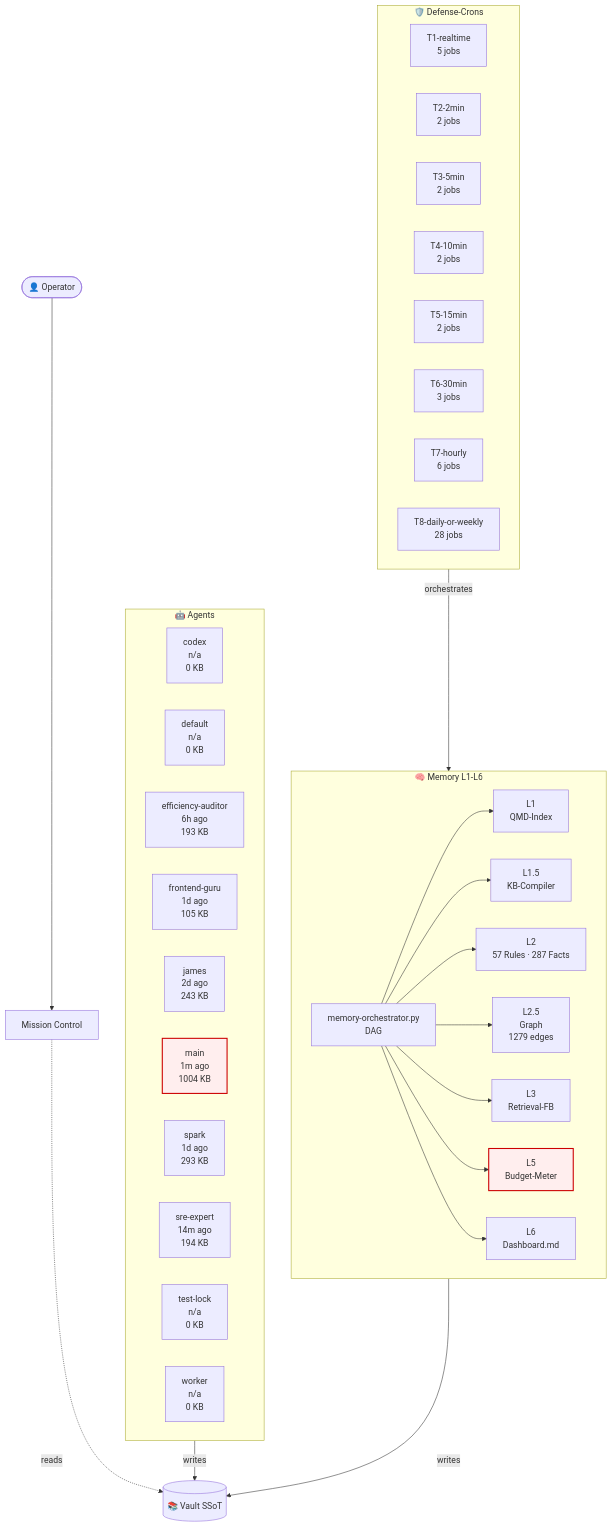
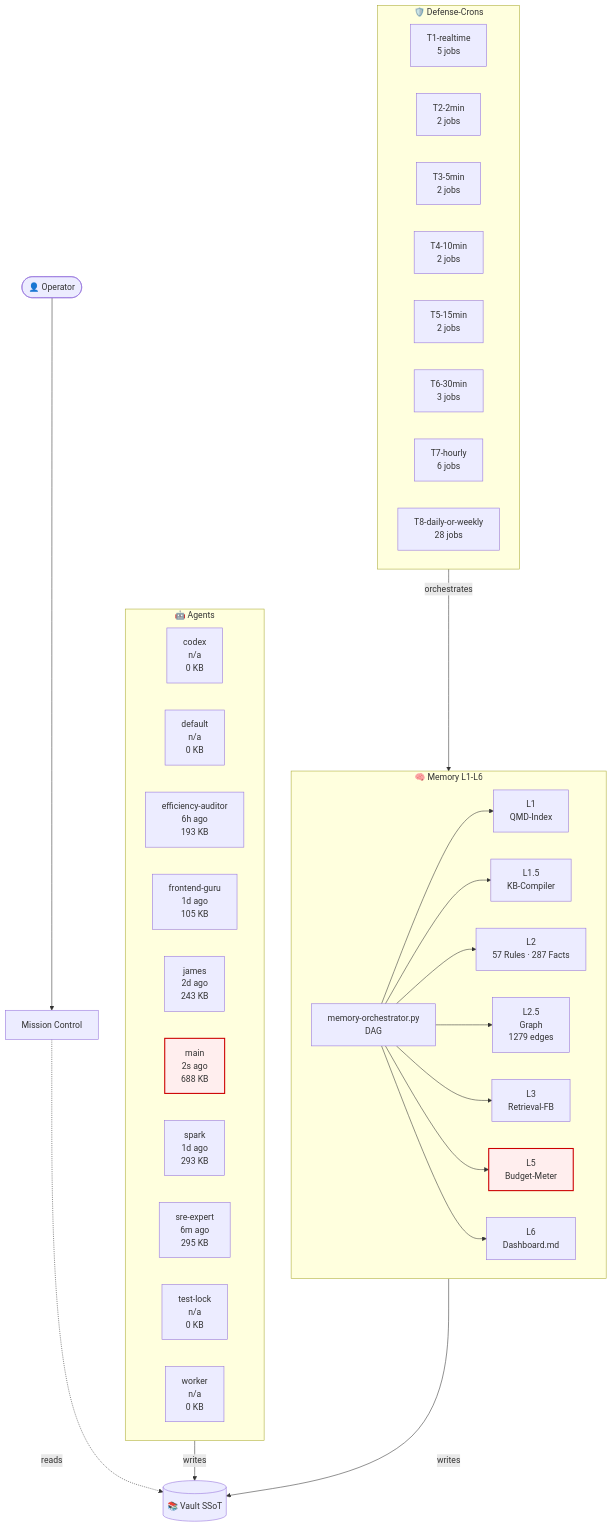
One commit to lenardhuebner88-rgb/openclaw-memory changed the diagram in 03-Agents/architecture-live.md. Above: the diagram before and after it, drawn with Mermaid. The commit also changed other lines of this file and 2 other files, not shown here.

````diff
--- a/03-Agents/architecture-live.md
+++ b/03-Agents/architecture-live.md
@@ -18,53 +18,53 @@
 ```mermaid
 flowchart TB
     classDef critical fill:#fee,stroke:#c00,stroke-width:2px;
     subgraph AGT["🤖 Agents"]
         agent_codex["codex<br/>n/a<br/>0 KB"]
         agent_default["default<br/>n/a<br/>0 KB"]
         agent_efficiency_auditor["efficiency-auditor<br/>6h ago<br/>193 KB"]
         agent_frontend_guru["frontend-guru<br/>1d ago<br/>105 KB"]
         agent_james["james<br/>2d ago<br/>243 KB"]
-        agent_main["main<br/>1m ago<br/>1004 KB"]
+        agent_main["main<br/>2s ago<br/>688 KB"]
         agent_spark["spark<br/>1d ago<br/>293 KB"]
-        agent_sre_expert["sre-expert<br/>14m ago<br/>194 KB"]
+        agent_sre_expert["sre-expert<br/>6m ago<br/>295 KB"]
         agent_test_lock["test-lock<br/>n/a<br/>0 KB"]
         agent_worker["worker<br/>n/a<br/>0 KB"]
     end
     subgraph MEM["🧠 Memory L1-L6"]
         L1["L1<br/>QMD-Index"]
         L15["L1.5<br/>KB-Compiler"]
         L2["L2<br/>57 Rules · 287 Facts"]
         L25["L2.5<br/>Graph<br/>1279 edges"]
         L3["L3<br/>Retrieval-FB"]
         L5["L5<br/>Budget-Meter"]
         L6["L6<br/>Dashboard.md"]
         ORCH["memory-orchestrator.py<br/>DAG"]
     end
     subgraph CRN["🛡️ Defense-Crons"]
         tier_T1_realtime["T1-realtime<br/>5 jobs"]
         tier_T2_2min["T2-2min<br/>2 jobs"]
         tier_T3_5min["T3-5min<br/>2 jobs"]
         tier_T4_10min["T4-10min<br/>2 jobs"]
         tier_T5_15min["T5-15min<br/>2 jobs"]
         tier_T6_30min["T6-30min<br/>3 jobs"]
         tier_T7_hourly["T7-hourly<br/>6 jobs"]
         tier_T8_daily_or_weekly["T8-daily-or-weekly<br/>28 jobs"]
     end
     VAULT[("📚 Vault SSoT")]
     OP([👤 Operator])
     MC["Mission Control"]
     OP --> MC
     MC -.reads.-> VAULT
     AGT -->|writes| VAULT
     MEM -->|writes| VAULT
     ORCH --> L1
     ORCH --> L15
     ORCH --> L2
     ORCH --> L25
     ORCH --> L3
     ORCH --> L5
     ORCH --> L6
     CRN -->|orchestrates| MEM
     class L5 critical
     class agent_main critical
 ```
````
